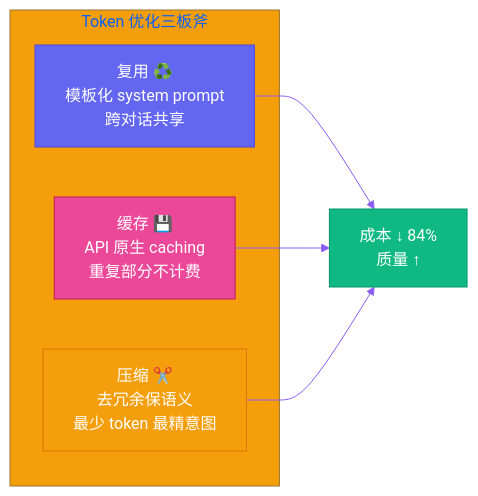
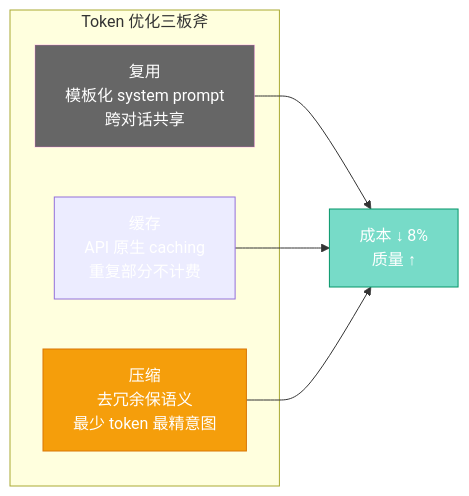
Before and after one commit to VokoForge/ai-prism: the second of 2 diagrams in posts/yason-and-roberts/zh/ch20.md, drawn with Mermaid. The commit also changed other lines of this file and 31 other files, not shown here.

First line of the commit message:
✨ Rewrite all articles: hook titles, Mermaid diagrams, engaging style

````diff
--- a/posts/yason-and-roberts/zh/ch20.md
+++ b/posts/yason-and-roberts/zh/ch20.md
@@ -194,18 +193,17 @@
 ```mermaid
-%%{init: {'theme': 'base', 'themeVariables': {'primaryColor': '#6366f1','primaryTextColor': '#fff','primaryBorderColor': '#4f46e5','lineColor': '#8b5cf6','secondaryColor': '#ec4899','tertiaryColor': '#f59e0b'}}}%%
 graph LR
     subgraph "Token 优化三板斧"
-        A["复用 ♻️<br>模板化 system prompt<br>跨对话共享"]
-        B["缓存 💾<br>API 原生 caching<br>重复部分不计费"]
-        C["压缩 ✂️<br>去冗余保语义<br>最少 token 最精意图"]
+        A["复用 <br>模板化 system prompt<br>跨对话共享"]
+        B["缓存 <br>API 原生 caching<br>重复部分不计费"]
+        C["压缩 <br>去冗余保语义<br>最少 token 最精意图"]
     end
 
-    A --> R["成本 ↓ 84%<br>质量 ↑"]
+    A --> R["成本 ↓ 8%<br>质量 ↑"]
     B --> R
     C --> R
 
-    style A fill:#6366f1,stroke:#4f46e5,color:#fff
-    style B fill:#ec4899,stroke:#be185d,color:#fff
+    style A fill:#666f,stroke:#f6e5,color:#fff
+    style B fill:#ec899,stroke:#be85d,color:#fff
     style C fill:#f59e0b,stroke:#d97706,color:#fff
-    style R fill:#10b981,stroke:#059669,color:#fff
+    style R fill:#0b98,stroke:#059669,color:#fff
 ```
````
